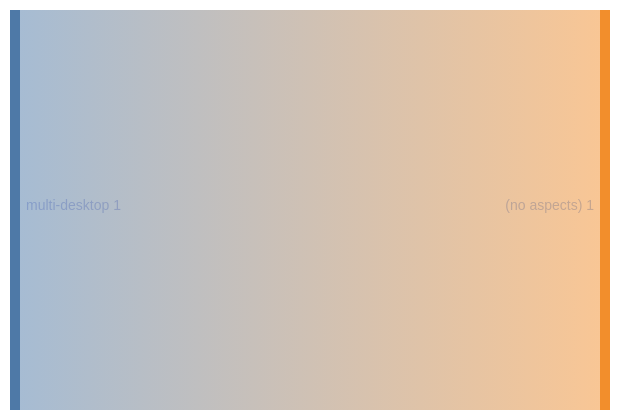
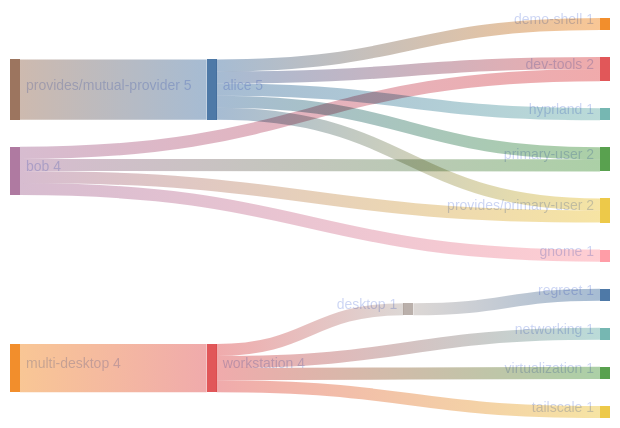
One commit to sini/den changed the diagram in templates/diag-fx-demo/diagrams/multi-desktop-sankey.md. Above: the diagram before and after it, drawn with Mermaid. The commit also changed 849 other files, not shown here.

Commit message:
chore: update fx diagrams

````diff
--- a/templates/diag-fx-demo/diagrams/multi-desktop-sankey.md
+++ b/templates/diag-fx-demo/diagrams/multi-desktop-sankey.md
@@ -5,6 +5,21 @@
 ```mermaid
 %%{init: {"theme":"base","themeVariables":{"activationBkgColor":"#313244","activationBorderColor":"#6c7086","actorBkg":"#313244","actorBorder":"#a6adc8","actorLineColor":"#a6adc8","actorTextColor":"#cdd6f4","background":"#1e1e2e","classText":"#cdd6f4","clusterBkg":"#313244","clusterBorder":"#6c7086","edgeLabelBackground":"#1e1e2e","labelBoxBkgColor":"#313244","labelBoxBorderColor":"#a6adc8","labelTextColor":"#cdd6f4","lineColor":"#a6adc8","loopTextColor":"#cdd6f4","mainBkg":"#313244","nodeBkg":"#313244","nodeBorder":"#a6adc8","nodeTextColor":"#cdd6f4","noteBkgColor":"#313244","noteBorderColor":"#6c7086","noteTextColor":"#cdd6f4","pie1":"#f38ba8","pie2":"#fab387","pie3":"#f9e2af","pie4":"#a6e3a1","pie5":"#94e2d5","pie6":"#89b4fa","pie7":"#cba6f7","pie8":"#f2cdcd","pieLegendTextColor":"#cdd6f4","pieOuterStrokeColor":"#6c7086","pieSectionTextColor":"#cdd6f4","pieStrokeColor":"#6c7086","pieTitleTextColor":"#cdd6f4","primaryBorderColor":"#a6adc8","primaryColor":"#313244","primaryTextColor":"#cdd6f4","secondBkg":"#313244","secondaryBorderColor":"#6c7086","secondaryColor":"#313244","secondaryTextColor":"#cdd6f4","sequenceNumberColor":"#1e1e2e","signalColor":"#a6adc8","signalTextColor":"#cdd6f4","tertiaryBorderColor":"#6c7086","tertiaryColor":"#313244","tertiaryTextColor":"#cdd6f4","textColor":"#cdd6f4","titleColor":"#cdd6f4"}}}%%
 sankey-beta
 
-"multi-desktop","(no aspects)",1
+"alice","demo-shell",1
+"alice","dev-tools",1
+"alice","hyprland",1
+"alice","primary-user",1
+"alice","provides/primary-user",1
+"bob","dev-tools",1
+"bob","gnome",1
+"bob","primary-user",1
+"bob","provides/primary-user",1
+"provides/mutual-provider","alice",5
+"desktop","regreet",1
+"multi-desktop","workstation",4
+"workstation","desktop",1
+"workstation","networking",1
+"workstation","virtualization",1
+"workstation","tailscale",1
 ```
````
